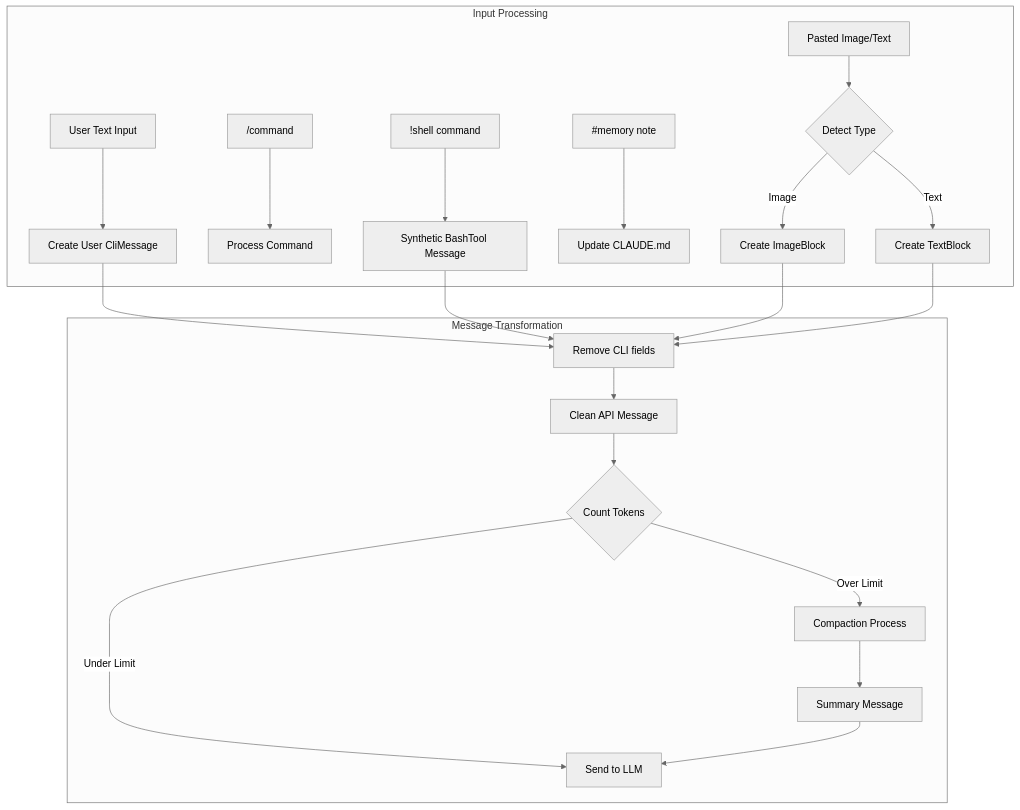
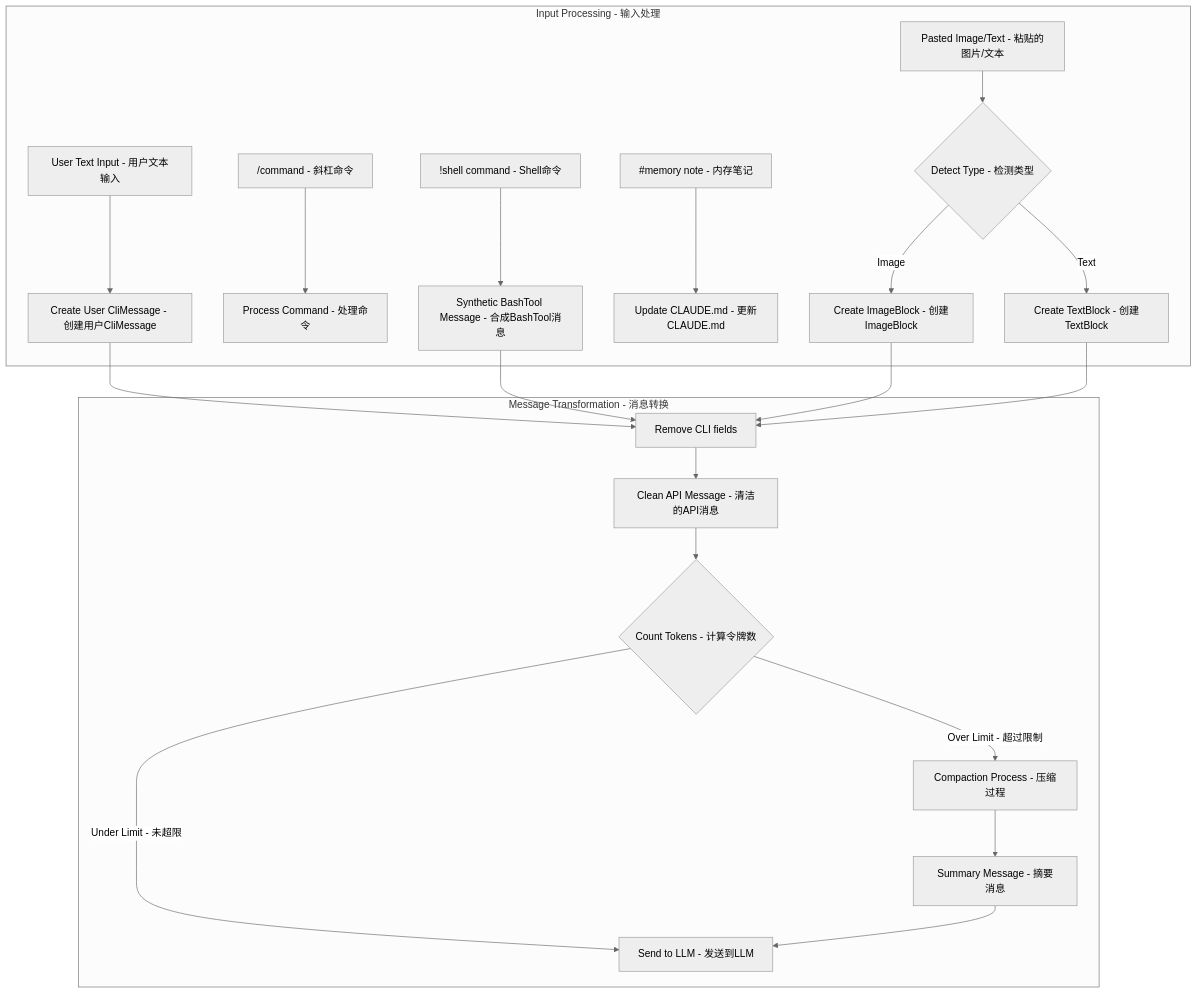
Before and after one commit to hanshuang-ai/BLOG: the second of 3 diagrams in source/_posts/claude-code数据结构与消息架构.md, drawn with Mermaid (neutral theme). The commit also changed other lines of this file and 10 other files, not shown here.

````diff
--- a/source/_posts/claude-code数据结构与消息架构.md
+++ b/source/_posts/claude-code数据结构与消息架构.md
@@ -171,36 +189,36 @@
 ```mermaid
 graph TB
-    subgraph "Input Processing"
-        UserText[User Text Input]
-        SlashCmd["/command"]
-        BashCmd[!shell command]
-        MemoryCmd[#memory note]
-        PastedContent[Pasted Image/Text]
+    subgraph "Input Processing - 输入处理"
+        UserText[User Text Input - 用户文本输入]
+        SlashCmd["/command - 斜杠命令"]
+        BashCmd[!shell command - Shell命令]
+        MemoryCmd[#memory note - 内存笔记]
+        PastedContent[Pasted Image/Text - 粘贴的图片/文本]
 
-        UserText --> NormalMessage[Create User CliMessage]
-        SlashCmd --> CommandProcessor[Process Command]
-        BashCmd --> SyntheticTool[Synthetic BashTool Message]
-        MemoryCmd --> MemoryUpdate[Update CLAUDE.md]
-        PastedContent --> ContentDetection{Detect Type}
+        UserText --> NormalMessage[Create User CliMessage - 创建用户CliMessage]
+        SlashCmd --> CommandProcessor[Process Command - 处理命令]
+        BashCmd --> SyntheticTool[Synthetic BashTool Message - 合成BashTool消息]
+        MemoryCmd --> MemoryUpdate[Update CLAUDE.md - 更新CLAUDE.md]
+        PastedContent --> ContentDetection{Detect Type - 检测类型}
 
-        ContentDetection -->|Image| ImageBlock[Create ImageBlock]
-        ContentDetection -->|Text| TextBlock[Create TextBlock]
+        ContentDetection -->|Image| ImageBlock[Create ImageBlock - 创建ImageBlock]
+        ContentDetection -->|Text| TextBlock[Create TextBlock - 创建TextBlock]
     end
 
-    subgraph "Message Transformation"
+    subgraph "Message Transformation - 消息转换"
         NormalMessage --> StripMetadata[Remove CLI fields]
         SyntheticTool --> StripMetadata
         ImageBlock --> StripMetadata
         TextBlock --> StripMetadata
 
-        StripMetadata --> APIMessage[Clean API Message]
-        APIMessage --> TokenCount{Count Tokens}
+        StripMetadata --> APIMessage[Clean API Message - 清洁的API消息]
+        APIMessage --> TokenCount{Count Tokens - 计算令牌数}
 
-        TokenCount -->|Over Limit| Compact[Compaction Process]
-        TokenCount -->|Under Limit| Send[Send to LLM]
+        TokenCount -->|Over Limit - 超过限制| Compact[Compaction Process - 压缩过程]
+        TokenCount -->|Under Limit - 未超限| Send[Send to LLM - 发送到LLM]
 
-        Compact --> SummaryMessage[Summary Message]
+        Compact --> SummaryMessage[Summary Message - 摘要消息]
         SummaryMessage --> Send
     end
 
 ```
````
